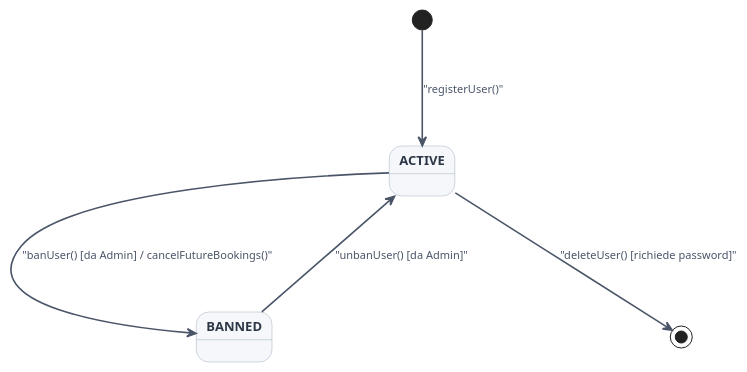
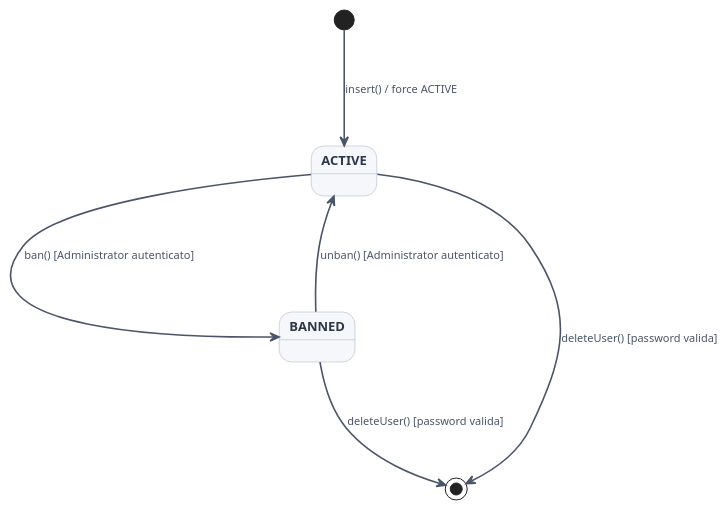
The diagram in docs/diagrams/states/state-account.puml (MeruemMeurel/Venue_Event_Organiser), drawn with PlantUML before and after one commit. The commit also changed 10 other files, not shown here.

```diff
--- a/docs/diagrams/states/state-account.puml
+++ b/docs/diagrams/states/state-account.puml
@@ -1,29 +1,30 @@
 @startuml
 skinparam style strictuml
 skinparam shadowing false
 skinparam DefaultFontName "Helvetica"
 skinparam DefaultFontSize 12
 
 skinparam state {
     BackgroundColor #F5F7FA
     BorderColor #A0AEC0
     FontColor #2D3748
     FontSize 13
     FontStyle bold
 
     ArrowColor #4A5568
     ArrowThickness 1.6
     ArrowFontColor #4A5568
     ArrowFontSize 11
 }
 
 skinparam ranksep 100
 skinparam nodesep 120
 
-[*] --> ACTIVE : "registerUser()"
+[*] --> ACTIVE : insert() / force ACTIVE
 
-ACTIVE --> BANNED : "banUser() [da Admin] / cancelFutureBookings()"
-BANNED --> ACTIVE : "unbanUser() [da Admin]"
+ACTIVE --> BANNED : ban() [Administrator autenticato]
+BANNED --> ACTIVE : unban() [Administrator autenticato]
 
-ACTIVE --> [*] : "deleteUser() [richiede password]"
+ACTIVE --> [*] : deleteUser() [password valida]
+BANNED --> [*] : deleteUser() [password valida]
 @endum
```
